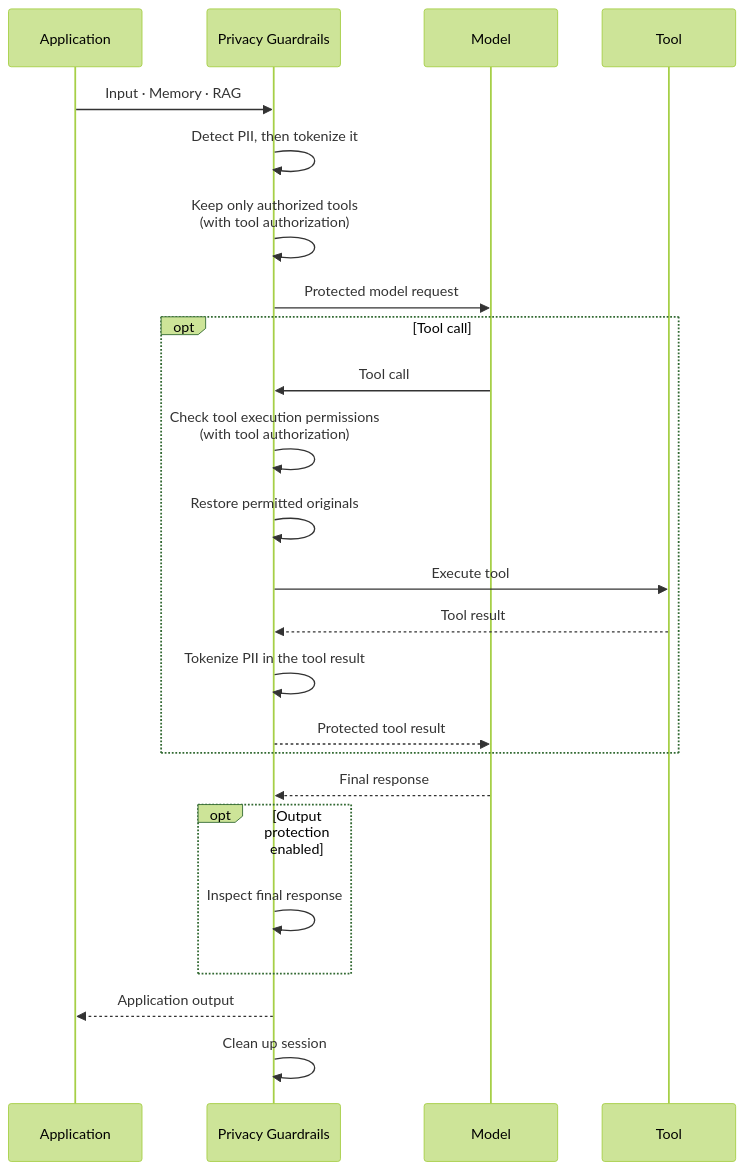
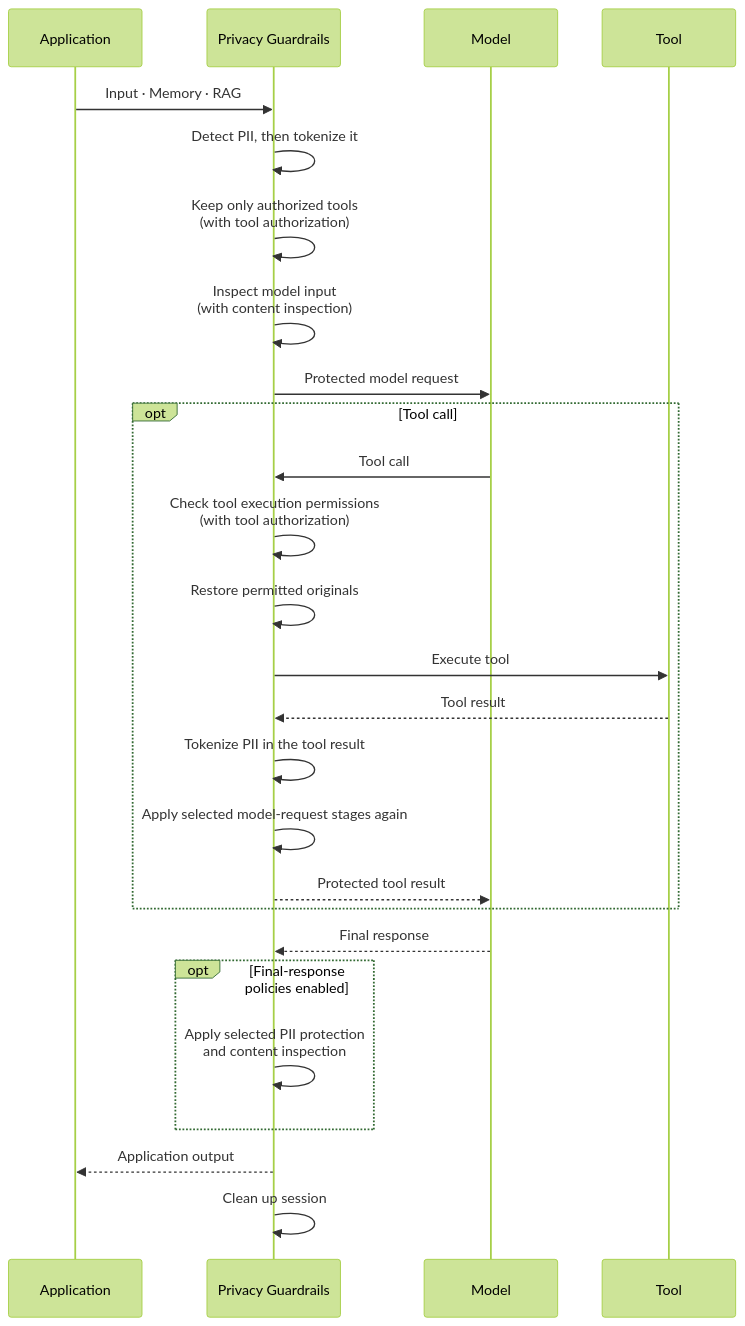
The fourth of 5 diagrams in docs/architecture.md (ultramancode/spring-ai-privacy-guardrails), drawn with Mermaid (forest theme) before and after one commit. The commit also changed other lines of this file and 51 other files, not shown here.

````diff
--- a/docs/architecture.md
+++ b/docs/architecture.md
@@ -186,35 +209,38 @@
 ```mermaid
 sequenceDiagram
     participant A as Application
     participant P as Privacy Guardrails
     participant M as Model
     participant T as Tool
 
     A->>P: Input · Memory · RAG
     P->>P: Detect PII, then tokenize it
 
     P->>P: Keep only authorized tools<br/>(with tool authorization)
 
+    P->>P: Inspect model input<br/>(with content inspection)
+
     P->>M: Protected model request
 
     opt Tool call
         M->>P: Tool call
 
         P->>P: Check tool execution permissions<br/>(with tool authorization)
 
         P->>P: Restore permitted originals
         P->>T: Execute tool
         T-->>P: Tool result
         P->>P: Tokenize PII in the tool result
+        P->>P: Apply selected model-request stages again
         P-->>M: Protected tool result
     end
 
     M-->>P: Final response
 
-    opt Output protection enabled
-        P->>P: Inspect final response
+    opt Final-response policies enabled
+        P->>P: Apply selected PII protection<br/>and content inspection
     end
 
     P-->>A: Application output
     P->>P: Clean up session
 ```
````
